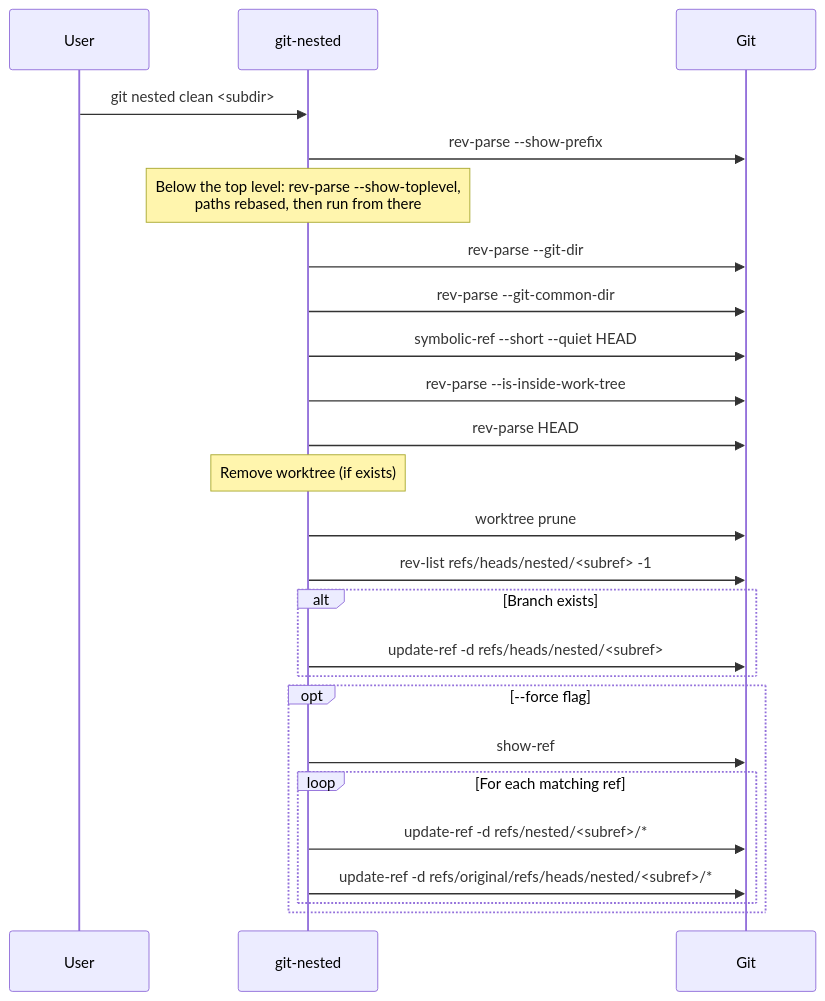
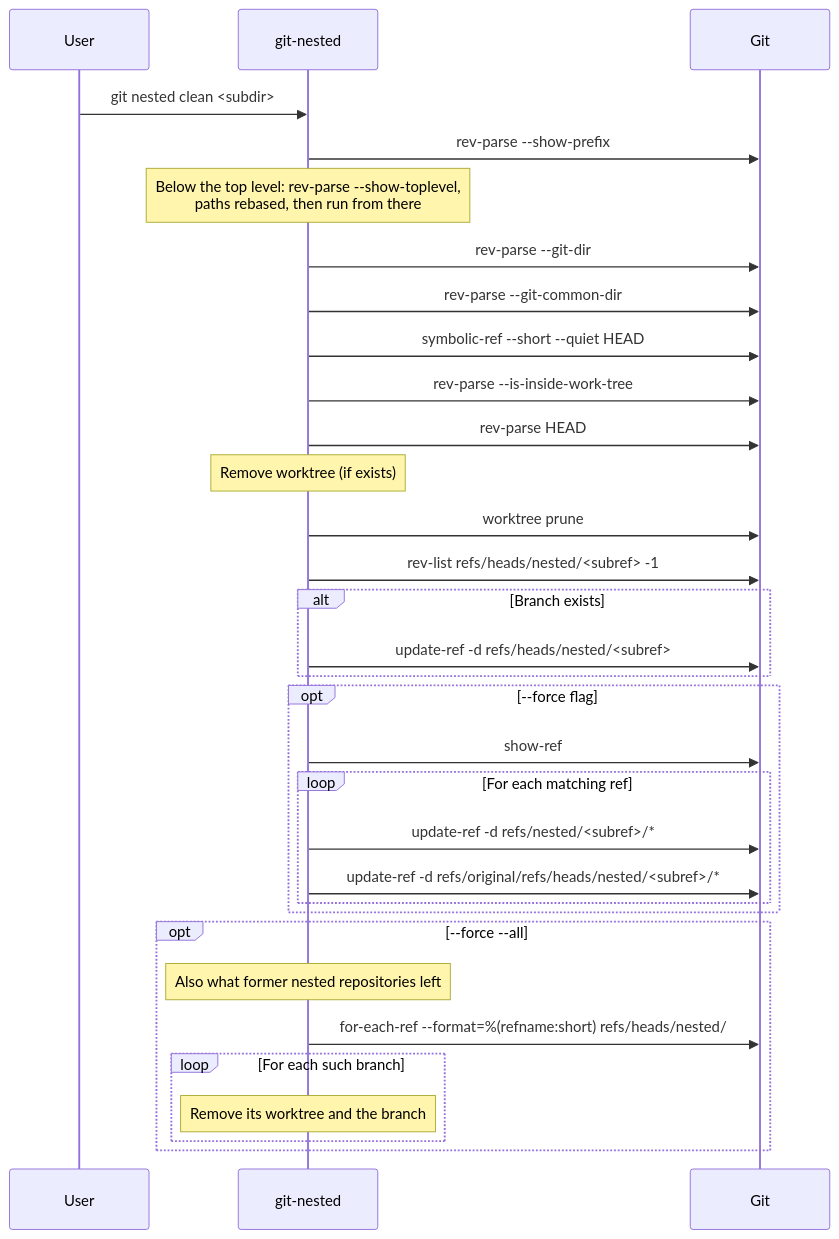
Diagram 12 of 14 in docs/diagrams.md (thorsten-klein/git-nested), drawn with Mermaid before and after one commit. The commit also changed 5 other files, not shown here.

````diff
--- a/docs/diagrams.md
+++ b/docs/diagrams.md
@@ -605,31 +605,39 @@
 ```mermaid
 sequenceDiagram
     participant User
     participant git-nested
     participant Git
 
     User->>git-nested: git nested clean <subdir>
     git-nested->>Git: rev-parse --show-prefix
     Note over git-nested: Below the top level: rev-parse --show-toplevel,<br/>paths rebased, then run from there
     git-nested->>Git: rev-parse --git-dir
     git-nested->>Git: rev-parse --git-common-dir
     git-nested->>Git: symbolic-ref --short --quiet HEAD
     git-nested->>Git: rev-parse --is-inside-work-tree
     git-nested->>Git: rev-parse HEAD
 
     Note over git-nested: Remove worktree (if exists)
     git-nested->>Git: worktree prune
 
     git-nested->>Git: rev-list refs/heads/nested/<subref> -1
     alt Branch exists
         git-nested->>Git: update-ref -d refs/heads/nested/<subref>
     end
 
     opt --force flag
         git-nested->>Git: show-ref
         loop For each matching ref
             git-nested->>Git: update-ref -d refs/nested/<subref>/*
             git-nested->>Git: update-ref -d refs/original/refs/heads/nested/<subref>/*
         end
     end
+
+    opt --force --all
+        Note over git-nested: Also what former nested repositories left
+        git-nested->>Git: for-each-ref --format=%(refname:short) refs/heads/nested/
+        loop For each such branch
+            Note over git-nested: Remove its worktree and the branch
+        end
+    end
 ```
````
